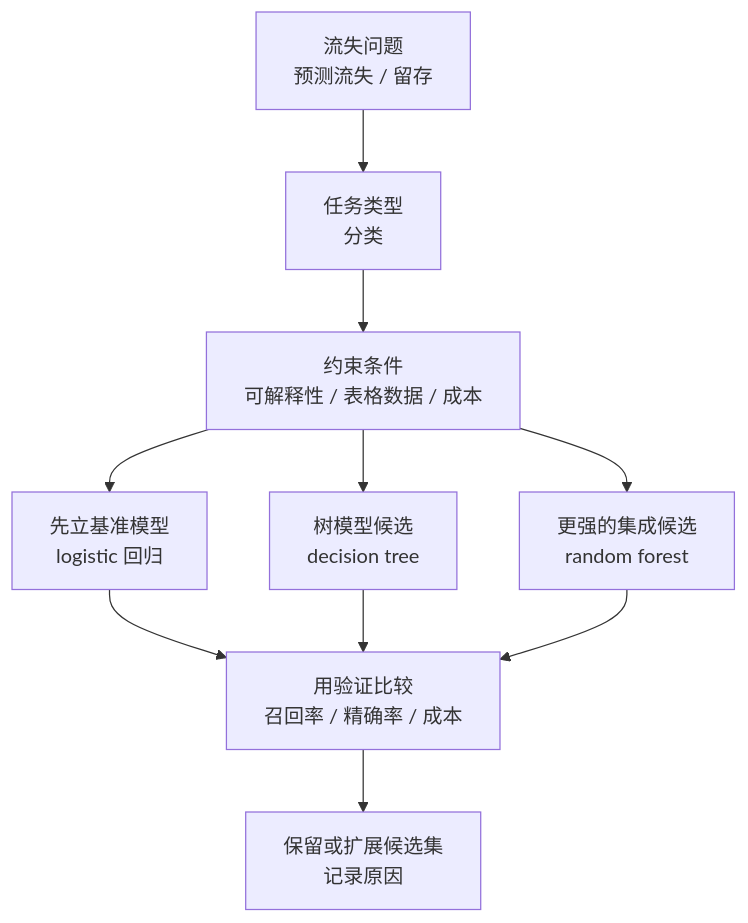
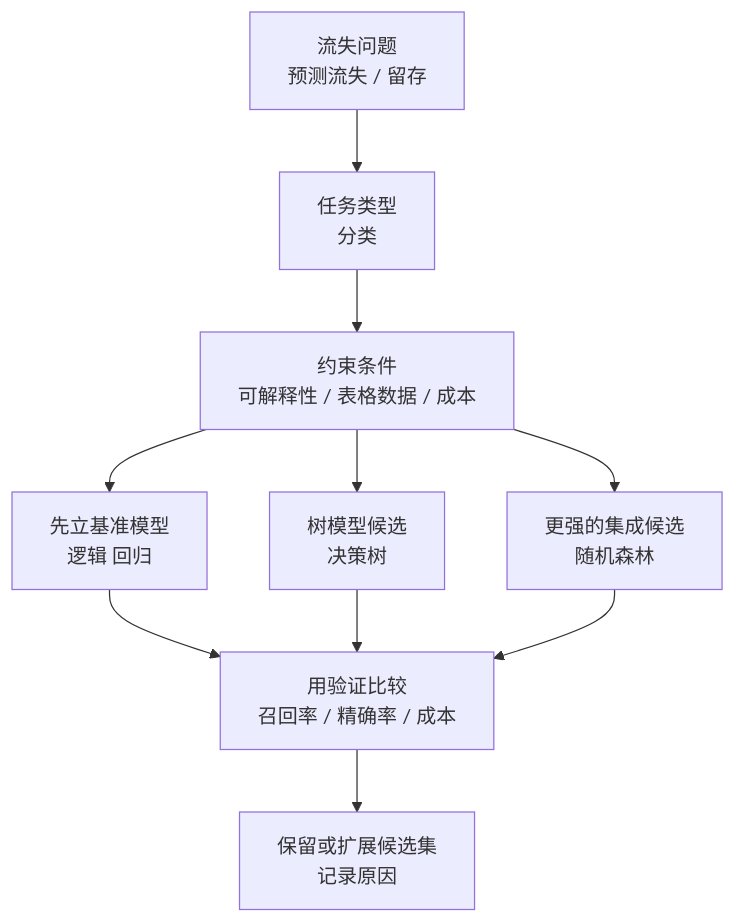
One commit to devchan64/AiBook changed the diagram in docs/assets/part-04/chapter-03/churn-model-selection-flow-zh.mmd. Above: the diagram before and after it, drawn with Mermaid. The commit also changed 91 other files, not shown here.

Commit message:
Finalize Part 4 Korean and Chinese diagram localization

```diff
--- a/docs/assets/part-04/chapter-03/churn-model-selection-flow-zh.mmd
+++ b/docs/assets/part-04/chapter-03/churn-model-selection-flow-zh.mmd
@@ -1,19 +1,19 @@
 flowchart TD
   A["流失问题<br/>预测流失 / 留存"]
   B["任务类型<br/>分类"]
   C["约束条件<br/>可解释性 / 表格数据 / 成本"]
-  D["先立基准模型<br/>logistic 回归"]
-  E["树模型候选<br/>decision tree"]
-  F["更强的集成候选<br/>random forest"]
+  D["先立基准模型<br/>逻辑 回归"]
+  E["树模型候选<br/>决策树"]
+  F["更强的集成候选<br/>随机森林"]
   G["用验证比较<br/>召回率 / 精确率 / 成本"]
   H["保留或扩展候选集<br/>记录原因"]
 
   A --> B
   B --> C
   C --> D
   C --> E
   C --> F
   D --> G
   E --> G
   F --> G
   G --> H
```
